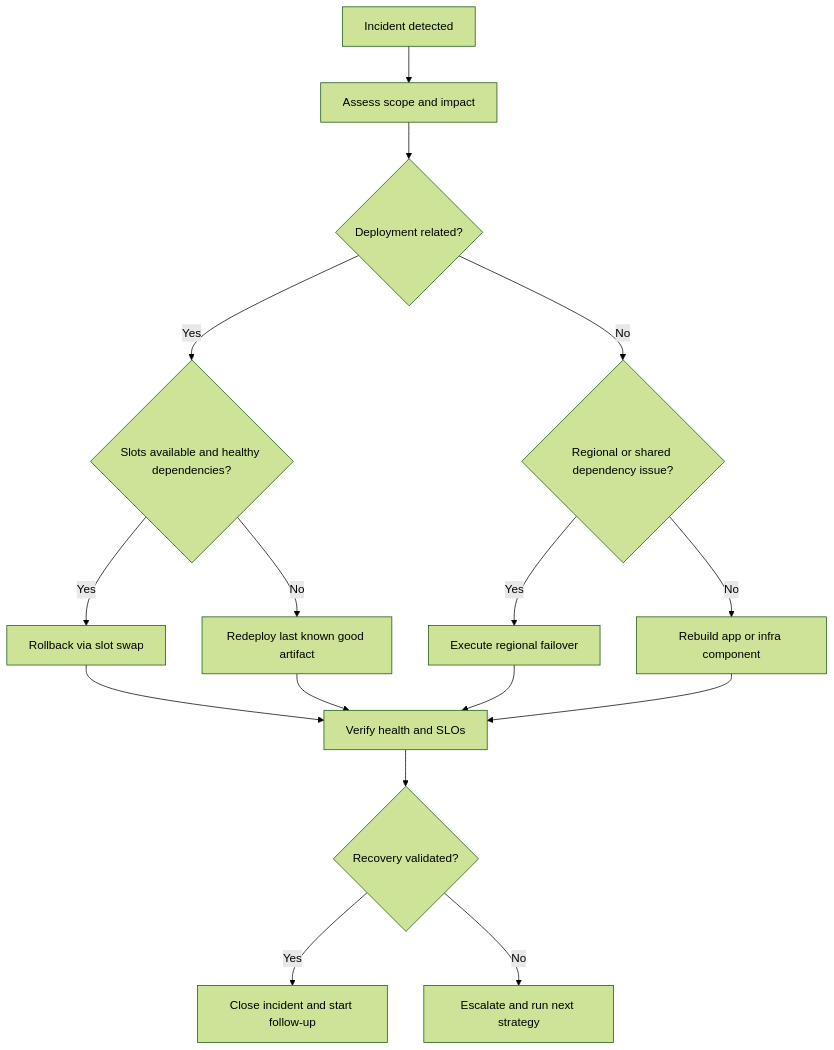
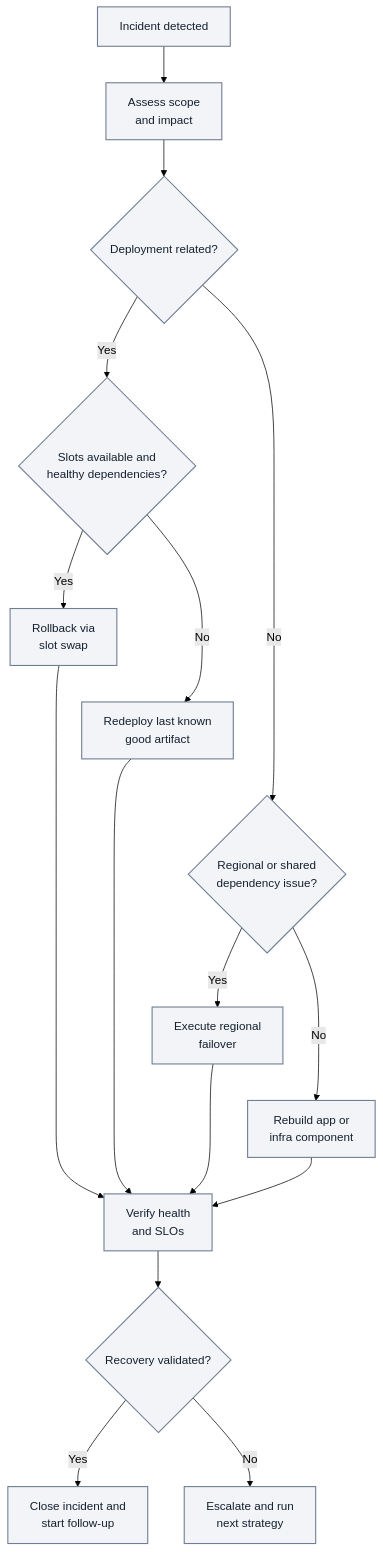
Before and after one commit to yeongseon/azure-functions-practical-guide: the first of 2 diagrams in docs/operations/recovery.md, drawn with Mermaid (forest theme). The commit also changed other lines of this file and 1 other file, not shown here.

First line of the commit message:
docs(diagrams): improve recovery decisions and regional planning (#526)

````diff
--- a/docs/operations/recovery.md
+++ b/docs/operations/recovery.md
@@ -158,18 +165,26 @@
 ```mermaid
 flowchart TD
-    A[Incident detected] --> B[Assess scope and impact]
+    accTitle: Recovery strategy decision flow
+    accDescr: Illustrative runbook choice, not a guaranteed diagnosis. A deployment-related incident checks available slots and healthy dependencies before slot-swap rollback or redeployment. Other incidents check regional or shared dependencies before operator-designed regional failover or rebuild. Every action leads to health and SLO verification, then closure with follow-up if validated or escalation to the next strategy otherwise. Slot support and regional readiness are qualified in the reading key.
+    A["Incident detected"] --> B["Assess scope<br/>and impact"]
     B --> C{Deployment related?}
-    C -->|Yes| D{Slots available and healthy dependencies?}
-    D -->|Yes| E[Rollback via slot swap]
-    D -->|No| F[Redeploy last known good artifact]
-    C -->|No| G{Regional or shared dependency issue?}
-    G -->|Yes| H[Execute regional failover]
-    G -->|No| I[Rebuild app or infra component]
-    E --> J[Verify health and SLOs]
+    C -->|Yes| D{"Slots available and<br/>healthy dependencies?"}
+    D -->|Yes| E["Rollback via<br/>slot swap"]
+    D -->|No| F["Redeploy last known<br/>good artifact"]
+    C -->|No| G{"Regional or shared<br/>dependency issue?"}
+    G -->|Yes| H["Execute regional<br/>failover"]
+    G -->|No| I["Rebuild app or<br/>infra component"]
+    E --> J["Verify health<br/>and SLOs"]
     F --> J
     H --> J
     I --> J
     J --> K{Recovery validated?}
-    K -->|Yes| L[Close incident and start follow-up]
-    K -->|No| M[Escalate and run next strategy]
+    K -->|Yes| L["Close incident and<br/>start follow-up"]
+    K -->|No| M["Escalate and run<br/>next strategy"]
+    %% Layout-only links tier alternatives; they add no recovery steps or arrows.
+    E ~~~ F
+    F ~~~ G
+    H ~~~ I
+    classDef baseNeutral fill:#f2f4f8,stroke:#707e93,stroke-width:1.5px,color:#14202e;
+    class A,B,C,D,E,F,G,H,I,J,K,L,M baseNeutral;
 ```
````
